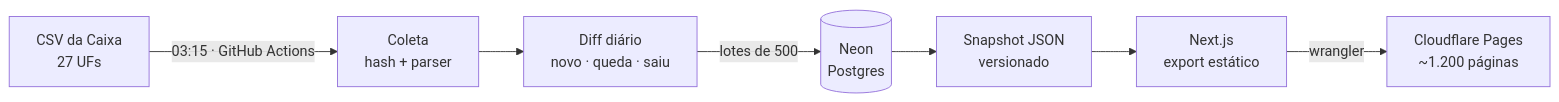
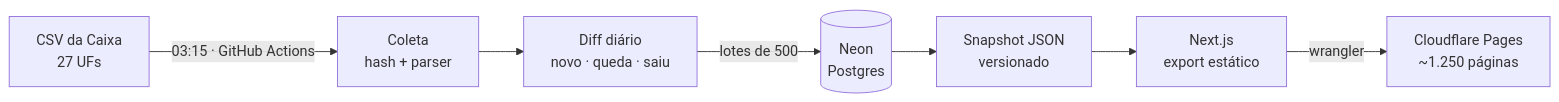
Before and after one commit to tarlisodoria/garimpo-imoveis: the diagram in README.md, drawn with Mermaid. The commit also changed other lines of this file and 24 other files, not shown here.

````diff
--- a/README.md
+++ b/README.md
@@ -21,9 +51,9 @@
 ```mermaid
 flowchart LR
     caixa["CSV da Caixa<br/>27 UFs"] -->|"03:15 · GitHub Actions"| coleta["Coleta<br/>hash + parser"]
     coleta --> diff["Diff diário<br/>novo · queda · saiu"]
     diff -->|"lotes de 500"| neon[("Neon<br/>Postgres")]
     neon --> snapshot["Snapshot JSON<br/>versionado"]
     snapshot --> build["Next.js<br/>export estático"]
-    build -->|"wrangler"| pages["Cloudflare Pages<br/>~1.200 páginas"]
+    build -->|"wrangler"| pages["Cloudflare Pages<br/>~1.250 páginas"]
 ```
````
